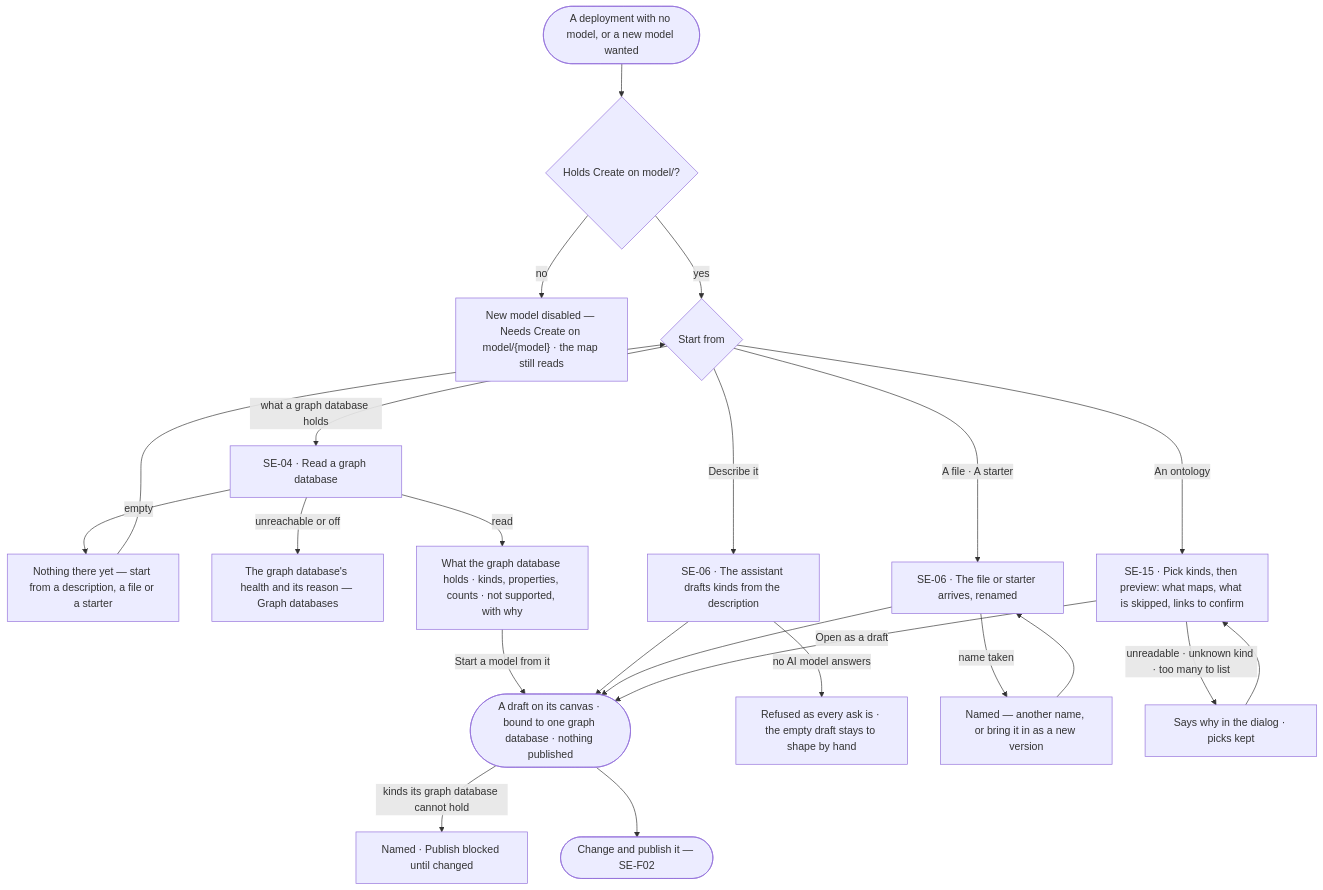
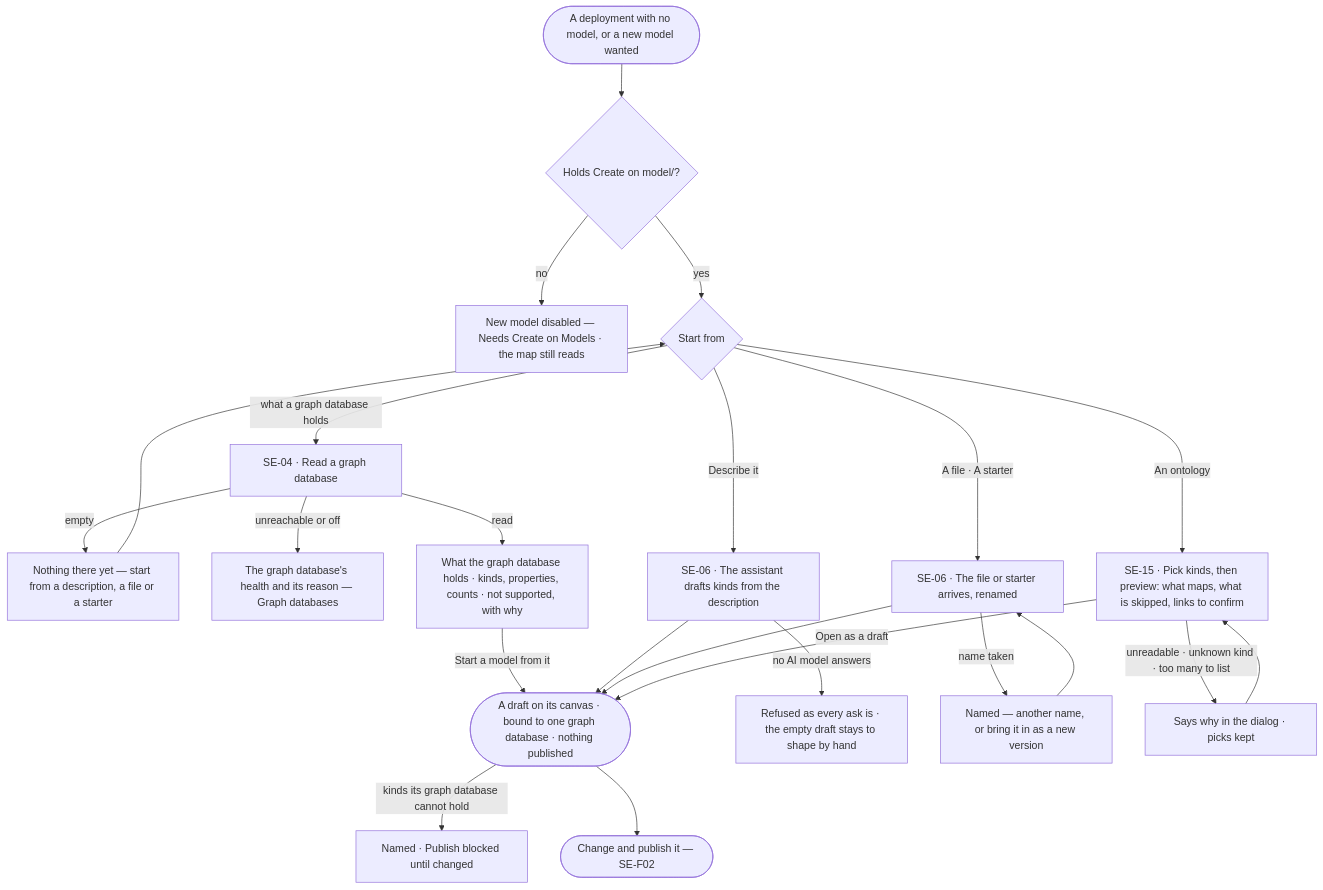
One commit to invana/invana changed the first of 2 diagrams in specs/capabilities/semantics/features/SE-F01-start-a-model/feature.md. Above: the diagram before and after it, drawn with Mermaid. The commit also changed other lines of this file and 127 other files, not shown here.

````diff
--- a/specs/capabilities/semantics/features/SE-F01-start-a-model/feature.md
+++ b/specs/capabilities/semantics/features/SE-F01-start-a-model/feature.md
@@ -26,22 +26,22 @@
 ```mermaid
 flowchart TD
   start([A deployment with no model, or a new model wanted]) --> may{"Holds Create on model/<model>?"}
-  may -->|no| na["New model disabled — Needs Create on model/{model} · the map still reads"]
+  may -->|no| na["New model disabled — Needs Create on Models · the map still reads"]
   may -->|yes| from{Start from}
   from -->|what a graph database holds| r["SE-04 · Read a graph database"]
   r -->|empty| e["Nothing there yet — start from a description, a file or a starter"] --> from
   r -->|unreachable or off| u["The graph database's health and its reason — Graph databases"]
   r -->|read| m["What the graph database holds · kinds, properties, counts · not supported, with why"]
   m -->|Start a model from it| d
   from -->|Describe it| ds["SE-06 · The assistant drafts kinds from the description"]
   ds -->|no AI model answers| hand["Refused as every ask is · the empty draft stays to shape by hand"]
   ds --> d
   from -->|A file · A starter| f["SE-06 · The file or starter arrives, renamed"]
   f -->|name taken| nt["Named — another name, or bring it in as a new version"] --> f
   f --> d
   from -->|An ontology| o["SE-15 · Pick kinds, then preview: what maps, what is skipped, links to confirm"]
   o -->|unreadable · unknown kind · too many to list| oe["Says why in the dialog · picks kept"] --> o
   o -->|Open as a draft| d
   d(["A draft on its canvas · bound to one graph database · nothing published"]) -->|kinds its graph database cannot hold| np["Named · Publish blocked until changed"]
   d --> pub(["Change and publish it — SE-F02"])
 ```
````
